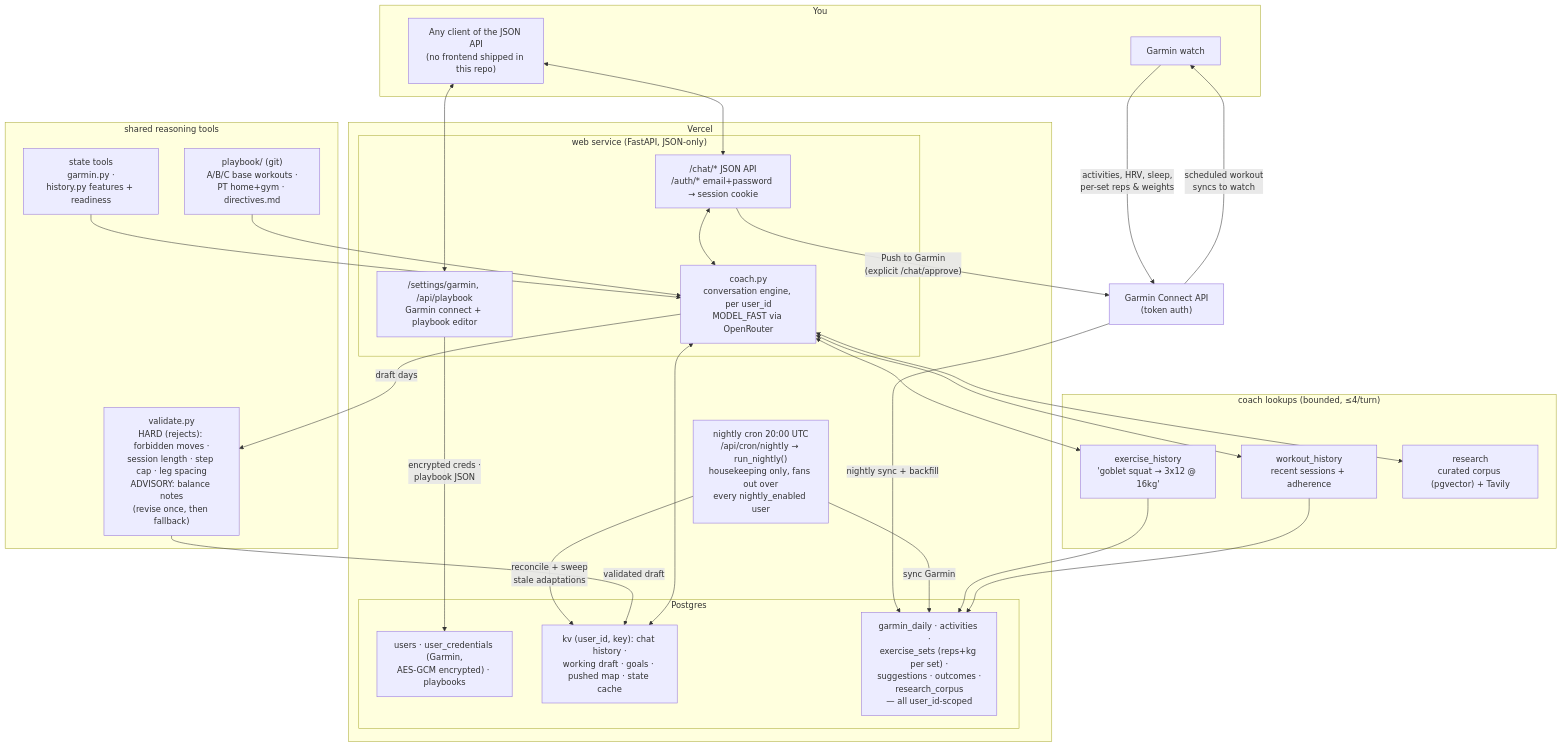
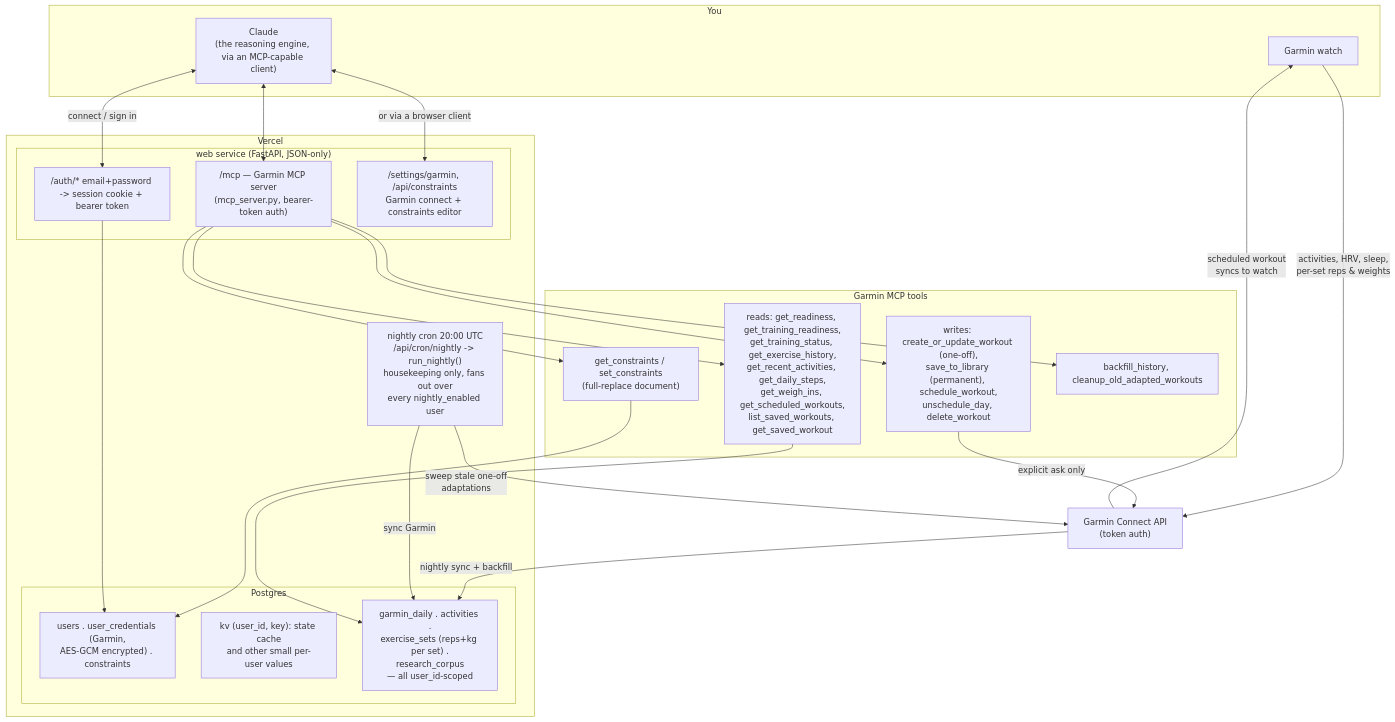
The diagram in docs/architecture.md (Lakshita110/jim-fitness-agent), drawn with Mermaid before and after one commit. The commit also changed other lines of this file and 36 other files, not shown here.

````diff
--- a/docs/architecture.md
+++ b/docs/architecture.md
@@ -14,55 +10,46 @@
 ```mermaid
 flowchart TB
     subgraph you["You"]
         WATCH["Garmin watch"]
-        CLIENT["Any client of the JSON API<br/>(no frontend shipped in this repo)"]
+        CLAUDE["Claude<br/>(the reasoning engine, via an MCP-capable client)"]
     end
 
     subgraph vercel["Vercel"]
         subgraph web["web service (FastAPI, JSON-only)"]
-            CHATAPI["/chat/* JSON API<br/>/auth/* email+password → session cookie"]
-            SETTINGS["/settings/garmin, /api/playbook<br/>Garmin connect + playbook editor"]
-            COACH["coach.py<br/>conversation engine, per user_id<br/>MODEL_FAST via OpenRouter"]
+            MCPAPI["/mcp — Garmin MCP server<br/>(mcp_server.py, bearer-token auth)"]
+            AUTHAPI["/auth/* email+password -> session cookie + bearer token"]
+            SETTINGS["/settings/garmin, /api/constraints<br/>Garmin connect + constraints editor"]
         end
-        CRON["nightly cron 20:00 UTC<br/>/api/cron/nightly → run_nightly()<br/>housekeeping only, fans out over<br/>every nightly_enabled user"]
+        CRON["nightly cron 20:00 UTC<br/>/api/cron/nightly -> run_nightly()<br/>housekeeping only, fans out over<br/>every nightly_enabled user"]
         subgraph pg["Postgres"]
-            USERS["users · user_credentials (Garmin,<br/>AES-GCM encrypted) · playbooks"]
-            KV["kv (user_id, key): chat history ·<br/>working draft · goals · pushed map · state cache"]
-            TABLES["garmin_daily · activities ·<br/>exercise_sets (reps+kg per set) ·<br/>suggestions · outcomes ·<br/>research_corpus<br/>— all user_id-scoped"]
+            USERS["users . user_credentials (Garmin,<br/>AES-GCM encrypted) . constraints"]
+            KV["kv (user_id, key): state cache<br/>and other small per-user values"]
+            TABLES["garmin_daily . activities .<br/>exercise_sets (reps+kg per set) .<br/>research_corpus<br/>— all user_id-scoped"]
         end
     end
 
-    subgraph loop["shared reasoning tools"]
-        STATE["state tools<br/>garmin.py ·<br/>history.py features + readiness"]
-        VALIDATE["validate.py<br/>HARD (rejects): forbidden moves ·<br/>session length · step cap · leg spacing<br/>ADVISORY: balance notes<br/>(revise once, then fallback)"]
-        PLAYBOOK["playbook/ (git)<br/>A/B/C base workouts ·<br/>PT home+gym · directives.md"]
-    end
-
-    subgraph lookups["coach lookups (bounded, ≤4/turn)"]
-        EXH["exercise_history<br/>'goblet squat → 3x12 @ 16kg'"]
-        WKH["workout_history<br/>recent sessions + adherence"]
-        RESEARCH["research<br/>curated corpus (pgvector) + Tavily"]
+    subgraph tools["Garmin MCP tools"]
+        READS["reads: get_readiness, get_training_readiness,<br/>get_training_status, get_exercise_history,<br/>get_recent_activities, get_daily_steps,<br/>get_weigh_ins, get_scheduled_workouts,<br/>list_saved_workouts, get_saved_workout"]
+        WRITES["writes: create_or_update_workout (one-off),<br/>save_to_library (permanent), schedule_workout,<br/>unschedule_day, delete_workout"]
+        CONSTRAINTS["get_constraints / set_constraints<br/>(full-replace document)"]
+        BACKFILL["backfill_history, cleanup_old_adapted_workouts"]
     end
 
     GARMINAPI["Garmin Connect API<br/>(token auth)"]
 
     WATCH -->|"activities, HRV, sleep,<br/>per-set reps & weights"| GARMINAPI
     GARMINAPI -->|"nightly sync + backfill"| TABLES
 
     CRON -->|"sync Garmin"| TABLES
-    CRON -->|"reconcile + sweep<br/>stale adaptations"| KV
-    STATE --> COACH
-    PLAYBOOK --> COACH
-    VALIDATE -->|"validated draft"| KV
+    CRON -->|"sweep stale one-off<br/>adaptations"| GARMINAPI
 
-    CLIENT <--> CHATAPI <--> COACH
-    CLIENT <--> SETTINGS -->|"encrypted creds ·<br/>playbook JSON"| USERS
-    COACH <--> KV
-    COACH -->|"draft days"| VALIDATE
-    COACH <--> EXH & WKH & RESEARCH
-    EXH --> TABLES
-    WKH --> TABLES
+    CLAUDE <--> MCPAPI
+    MCPAPI --> READS & WRITES & CONSTRAINTS & BACKFILL
+    READS --> TABLES
+    CONSTRAINTS --> USERS
+    WRITES -->|"explicit ask only"| GARMINAPI
+    GARMINAPI -->|"scheduled workout<br/>syncs to watch"| WATCH
 
-    CHATAPI -->|"Push to Garmin<br/>(explicit /chat/approve)"| GARMINAPI
-    GARMINAPI -->|"scheduled workout<br/>syncs to watch"| WATCH
+    CLAUDE <-->|"connect / sign in"| AUTHAPI --> USERS
+    CLAUDE <-->|"or via a browser client"| SETTINGS
 ```
````
